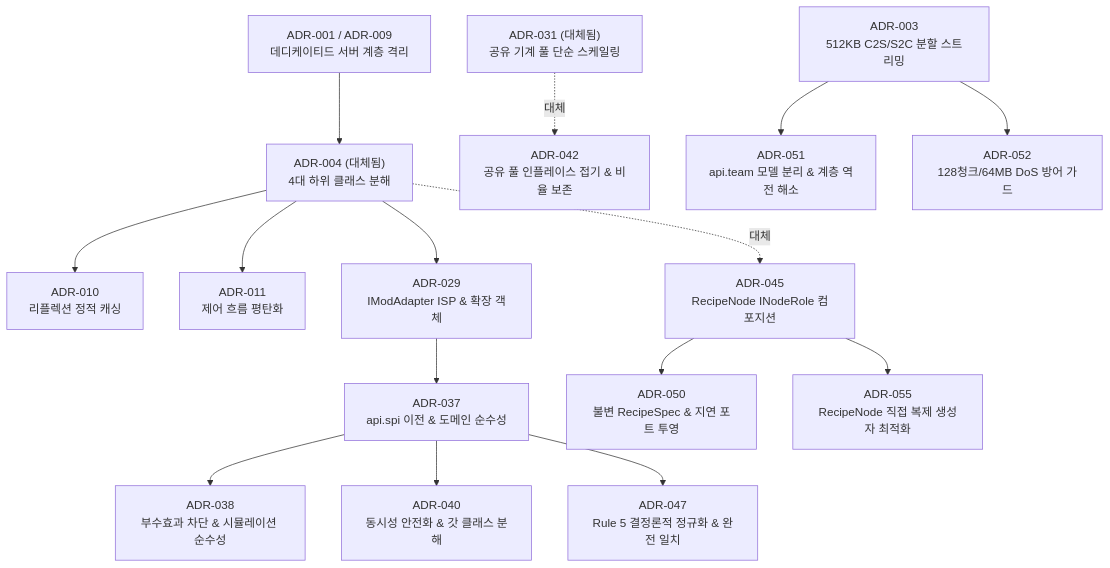
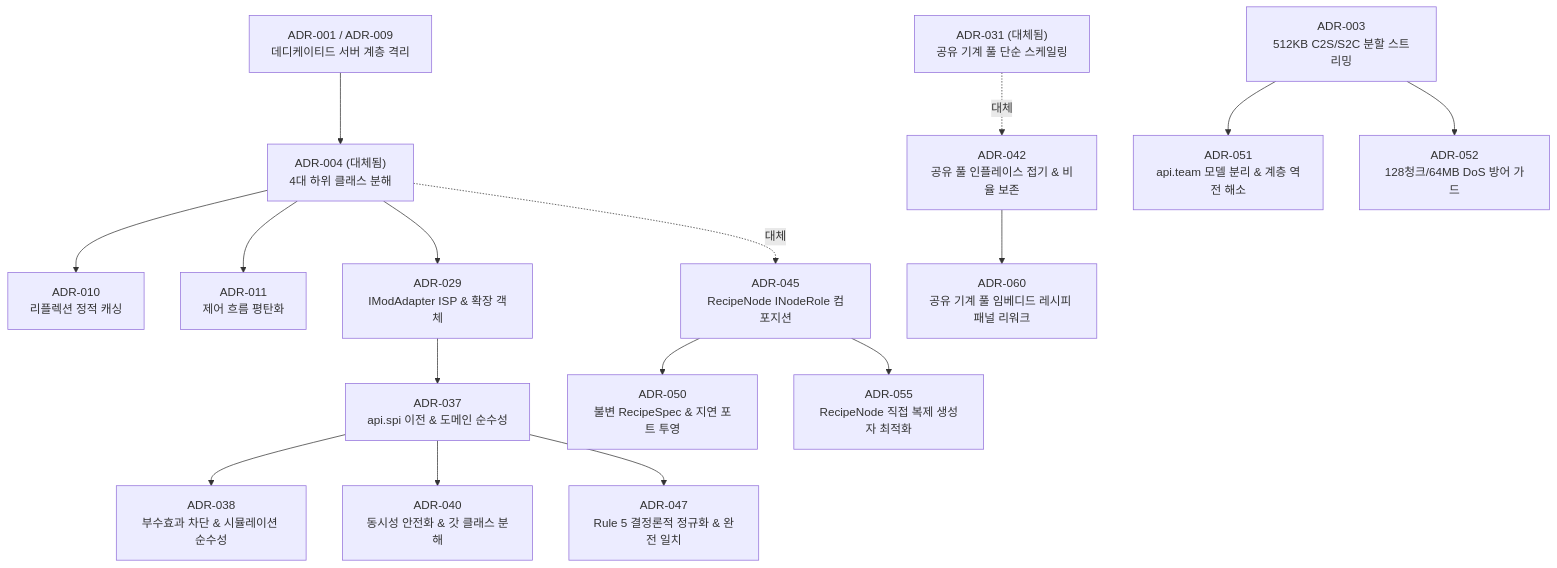
One commit to Amvermain/GregTechCalculatorBoard changed the fourth of 4 diagrams in docs/adr/README.md. Above: the diagram before and after it, drawn with Mermaid. The commit also changed other lines of this file and 212 other files, not shown here.

````diff
--- a/docs/adr/README.md
+++ b/docs/adr/README.md
@@ -80,17 +85,18 @@
 ```mermaid
 flowchart TD
     ADR001["ADR-001 / ADR-009<br/>데디케이티드 서버 계층 격리"] --> ADR004["ADR-004 (대체됨)<br/>4대 하위 클래스 분해"]
     ADR004 --> ADR010["ADR-010<br/>리플렉션 정적 캐싱"]
     ADR004 --> ADR011["ADR-011<br/>제어 흐름 평탄화"]
     ADR004 --> ADR029["ADR-029<br/>IModAdapter ISP & 확장 객체"]
     ADR029 --> ADR037["ADR-037<br/>api.spi 이전 & 도메인 순수성"]
     ADR037 --> ADR038["ADR-038<br/>부수효과 차단 & 시뮬레이션 순수성"]
     ADR037 --> ADR040["ADR-040<br/>동시성 안전화 & 갓 클래스 분해"]
     ADR037 --> ADR047["ADR-047<br/>Rule 5 결정론적 정규화 & 완전 일치"]
     ADR004 -.->|대체| ADR045["ADR-045<br/>RecipeNode INodeRole 컴포지션"]
     ADR045 --> ADR050["ADR-050<br/>불변 RecipeSpec & 지연 포트 투영"]
     ADR045 --> ADR055["ADR-055<br/>RecipeNode 직접 복제 생성자 최적화"]
     ADR031["ADR-031 (대체됨)<br/>공유 기계 풀 단순 스케일링"] -.->|대체| ADR042["ADR-042<br/>공유 풀 인플레이스 접기 & 비율 보존"]
+    ADR042 --> ADR060["ADR-060<br/>공유 기계 풀 임베디드 레시피 패널 리워크"]
     ADR003["ADR-003<br/>512KB C2S/S2C 분할 스트리밍"] --> ADR051["ADR-051<br/>api.team 모델 분리 & 계층 역전 해소"]
     ADR003 --> ADR052["ADR-052<br/>128청크/64MB DoS 방어 가드"]
 ```
````
